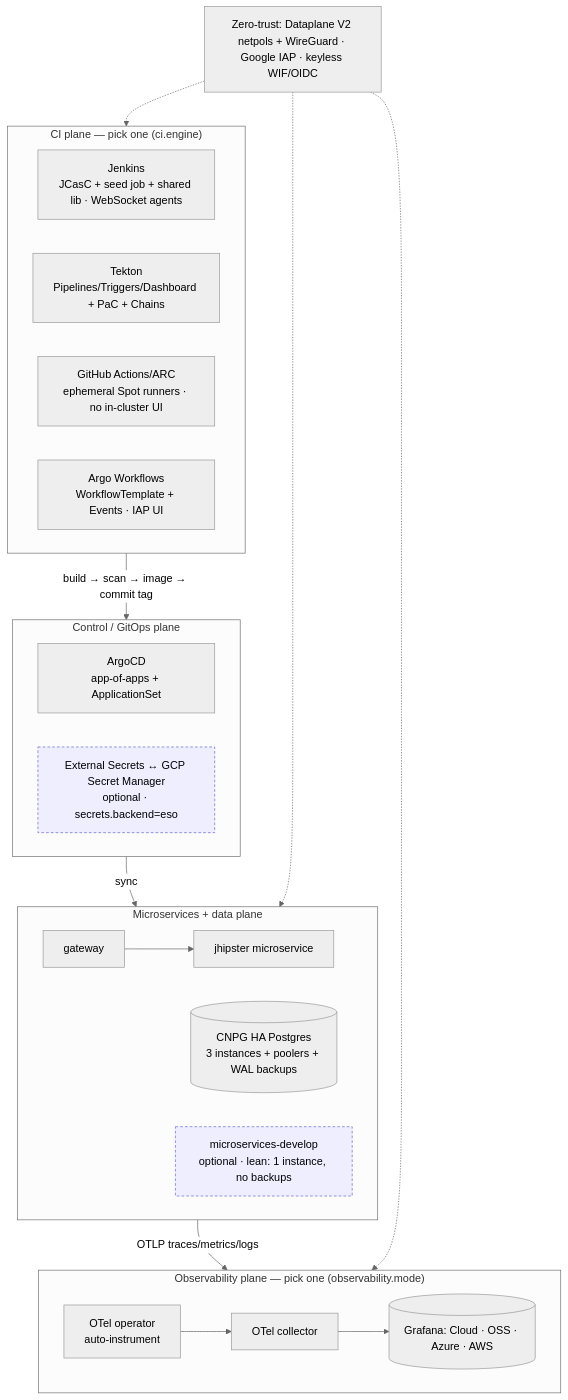
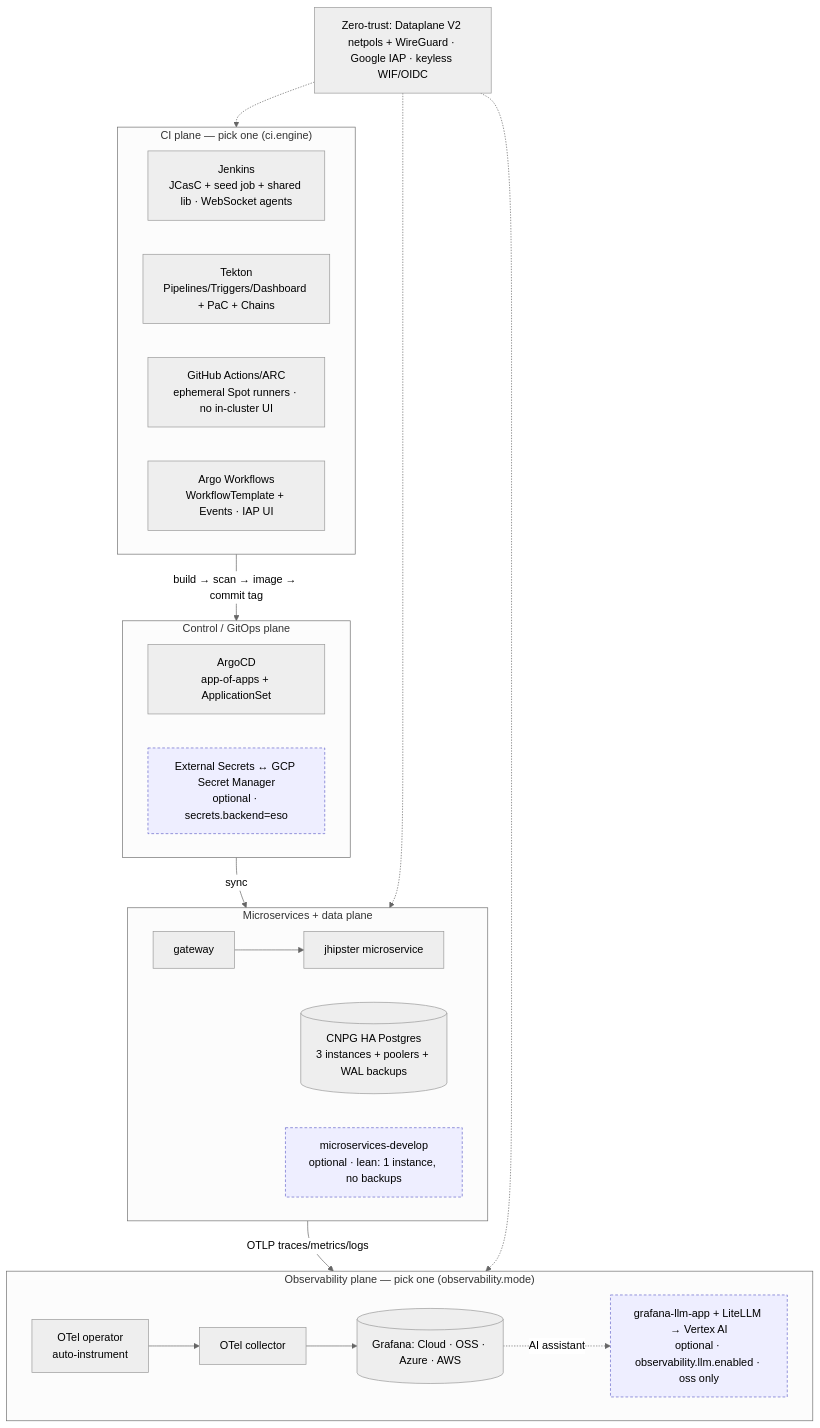
The third of 4 diagrams in README.md (nubenetes/jenkins-2026), drawn with Mermaid (neutral theme) before and after one commit. The commit also changed other lines of this file and 19 other files, not shown here.

````diff
--- a/README.md
+++ b/README.md
@@ -153,29 +154,30 @@
 ```mermaid
 flowchart TB
   subgraph CP["Control / GitOps plane"]
     argo["ArgoCD<br/>app-of-apps + ApplicationSet"]
     eso["External Secrets ↔ GCP Secret Manager<br/>optional · secrets.backend=eso"]:::opt
   end
   subgraph CI["CI plane — pick one (ci.engine)"]
     jen["Jenkins<br/>JCasC + seed job + shared lib · WebSocket agents"]
     tek["Tekton<br/>Pipelines/Triggers/Dashboard + PaC + Chains"]
     gha["GitHub Actions/ARC<br/>ephemeral Spot runners · no in-cluster UI"]
     awf["Argo Workflows<br/>WorkflowTemplate + Events · IAP UI"]
   end
   subgraph DATA["Microservices + data plane"]
     gw[gateway] --> msapp[jhipster microservice]
     cnpg[("CNPG HA Postgres<br/>3 instances + poolers + WAL backups")]
     msd["microservices-develop<br/>optional · lean: 1 instance, no backups"]:::opt
   end
   subgraph OBS["Observability plane — pick one (observability.mode)"]
     op["OTel operator<br/>auto-instrument"] --> col["OTel collector"]
     col --> back[("Grafana: Cloud · OSS · Azure · AWS")]
+    back -. "AI assistant" .-> llmp["grafana-llm-app + LiteLLM → Vertex AI<br/>optional · observability.llm.enabled · oss only"]:::opt
   end
   sec["Zero-trust: Dataplane V2 netpols + WireGuard · Google IAP · keyless WIF/OIDC"]
 
   CI -->|"build → scan → image → commit tag"| CP
   CP -->|"sync"| DATA
   DATA -->|"OTLP traces/metrics/logs"| OBS
   sec -.-> CI & DATA & OBS
   classDef opt fill:#eef,stroke:#66c,stroke-dasharray: 4 3;
 ```
````
